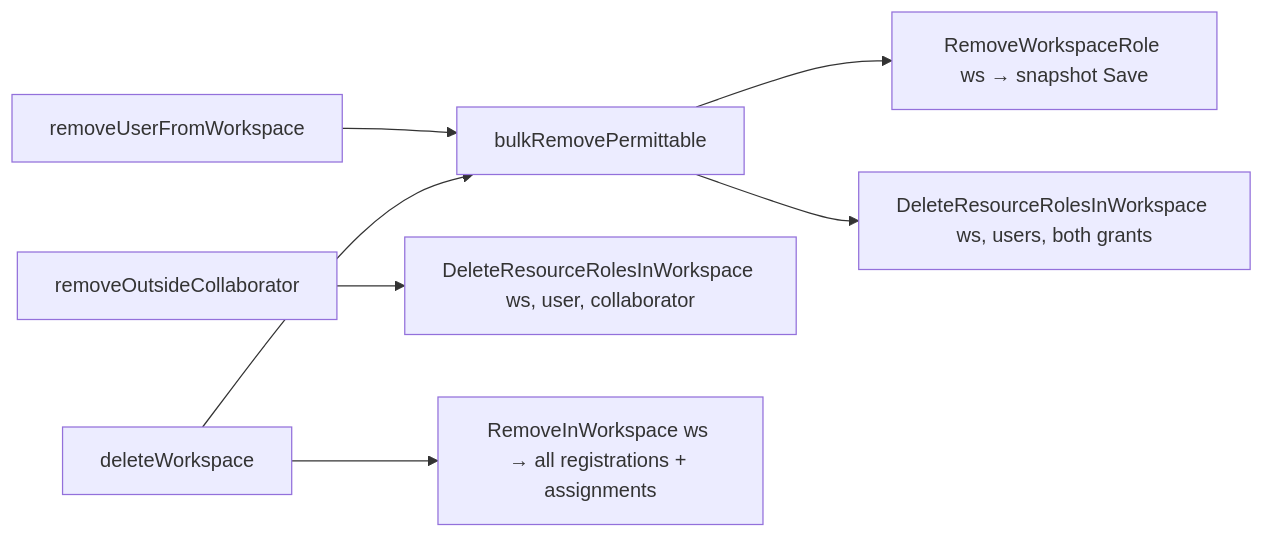
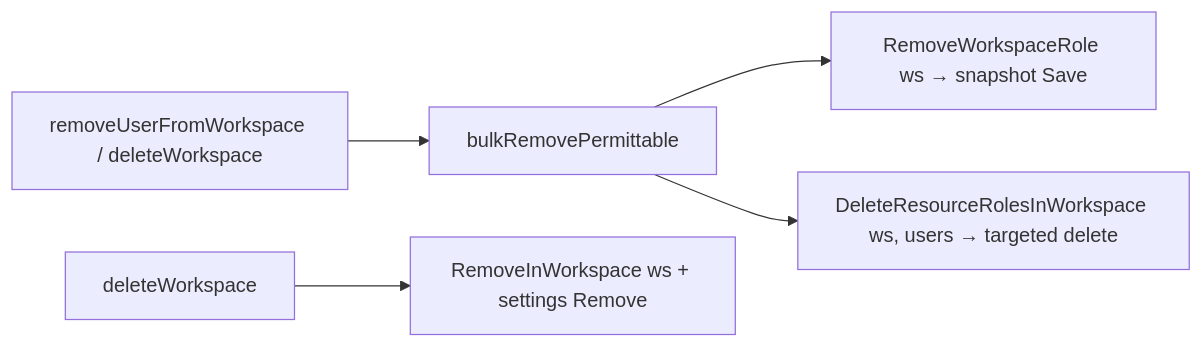
The fourth of 4 diagrams in server/docs/usecase/resource-role-binding.ja.md (reearth/reearth-accounts), drawn with Mermaid before and after one commit. The commit also changed other lines of this file and 1 other file, not shown here.

Commit message:
docs(server): make every person with access a workspace member and drop outside collaborators

````diff
--- a/server/docs/usecase/resource-role-binding.ja.md
+++ b/server/docs/usecase/resource-role-binding.ja.md
@@ -813,9 +751,7 @@
 ```mermaid
 flowchart LR
-    R[removeUserFromWorkspace] --> B[bulkRemovePermittable]
+    R[removeUserFromWorkspace / deleteWorkspace] --> B[bulkRemovePermittable]
     B --> W[RemoveWorkspaceRole ws → snapshot Save]
-    B --> RR[DeleteResourceRolesInWorkspace ws, users, both grants]
-    O[removeOutsideCollaborator] --> OC[DeleteResourceRolesInWorkspace ws, user, collaborator]
-    D[deleteWorkspace] --> B
-    D --> RW[RemoveInWorkspace ws → all registrations + assignments]
+    B --> RR[DeleteResourceRolesInWorkspace ws, users → targeted delete]
+    D[deleteWorkspace] --> RW[RemoveInWorkspace ws + settings Remove]
 ```
````
